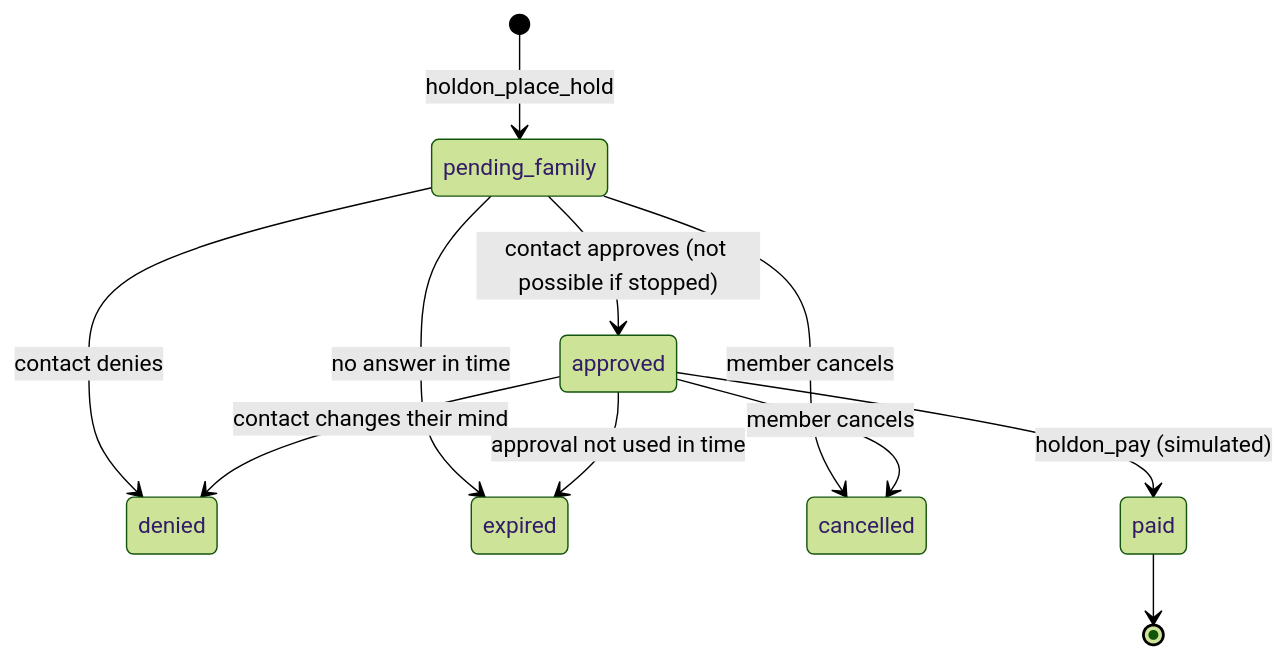
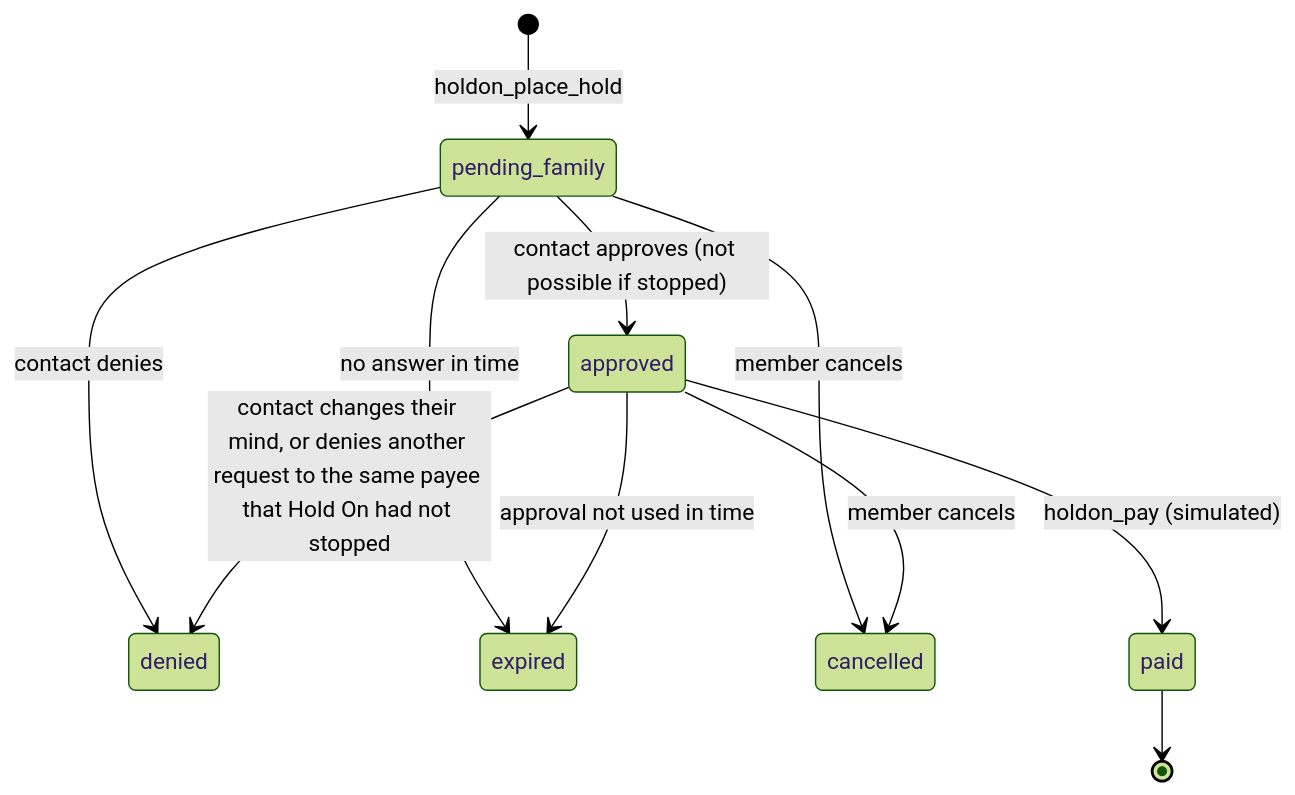
One commit to needsbuilder/holdon changed the second of 2 diagrams in README.md. Above: the diagram before and after it, drawn with Mermaid (forest theme). The commit also changed other lines of this file and 19 other files, not shown here.

````diff
--- a/README.md
+++ b/README.md
@@ -149,13 +149,13 @@
 ```mermaid
 stateDiagram-v2
   [*] --> pending_family: holdon_place_hold
   pending_family --> approved: contact approves (not possible if stopped)
   pending_family --> denied: contact denies
   pending_family --> expired: no answer in time
   pending_family --> cancelled: member cancels
   approved --> paid: holdon_pay (simulated)
-  approved --> denied: contact changes their mind
+  approved --> denied: contact changes their mind, or denies another request to the same payee that Hold On had not stopped
   approved --> expired: approval not used in time
   approved --> cancelled: member cancels
   paid --> [*]
 ```
````
